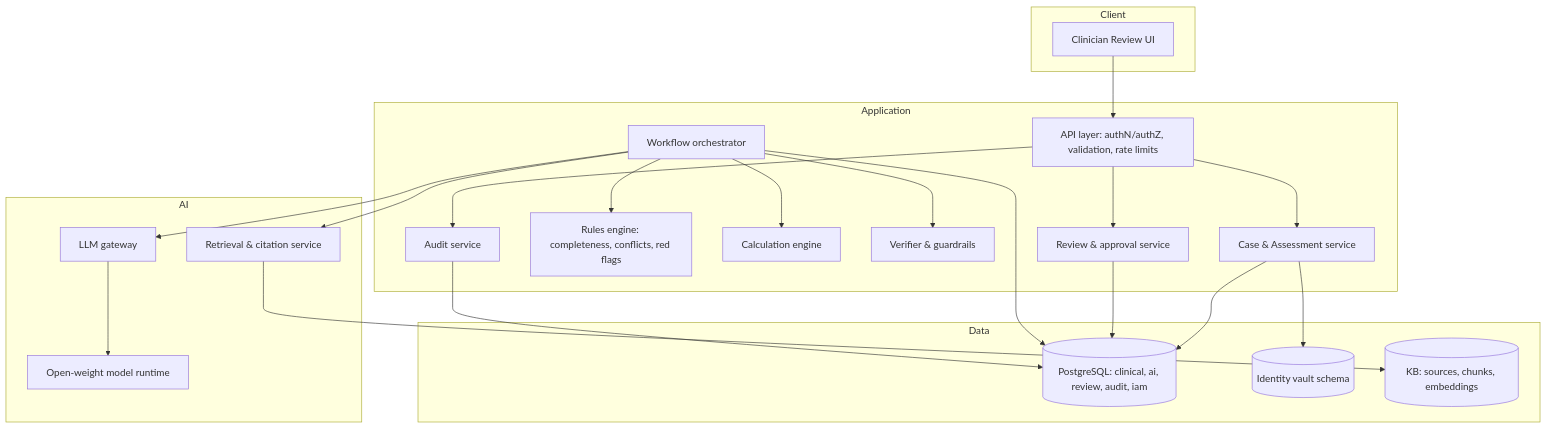
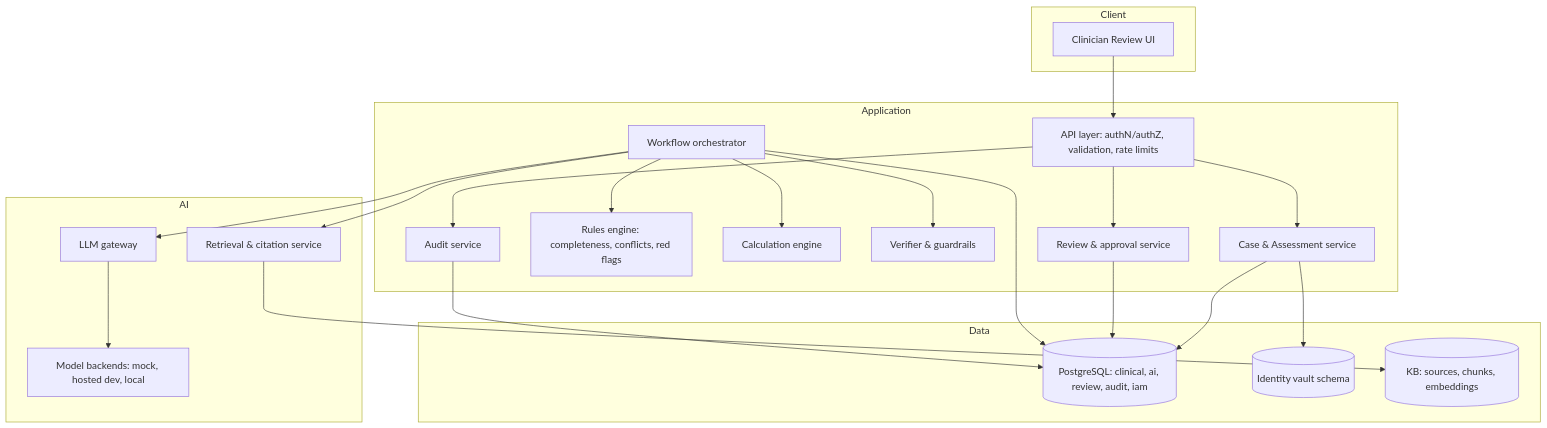
One commit to edisontaimu9-ui/clinical-nutrition-ai changed the second of 3 diagrams in ARCHITECTURE.md. Above: the diagram before and after it, drawn with Mermaid. The commit also changed other lines of this file and 8 other files, not shown here.

````diff
--- a/ARCHITECTURE.md
+++ b/ARCHITECTURE.md
@@ -45,36 +48,36 @@
 ```mermaid
 flowchart TB
     subgraph Client
         UI[Clinician Review UI]
     end
     subgraph Application
         API[API layer: authN/authZ, validation, rate limits]
         CASE[Case & Assessment service]
         RULES[Rules engine: completeness, conflicts, red flags]
         CALC[Calculation engine]
         ORCH[Workflow orchestrator]
         VER[Verifier & guardrails]
         REV[Review & approval service]
         AUDS[Audit service]
     end
     subgraph AI
         GW[LLM gateway]
-        MODEL[Open-weight model runtime]
+        MODEL[Model backends: mock, hosted dev, local]
         RAG[Retrieval & citation service]
     end
     subgraph Data
         DB[(PostgreSQL: clinical, ai, review, audit, iam)]
         VAULT[(Identity vault schema)]
         KBDB[(KB: sources, chunks, embeddings)]
     end
     UI --> API --> CASE --> DB
     API --> REV --> DB
     ORCH --> RULES
     ORCH --> CALC
     ORCH --> RAG --> KBDB
     ORCH --> GW --> MODEL
     ORCH --> VER
     ORCH --> DB
     CASE --> VAULT
     API --> AUDS --> DB
 ```
````
